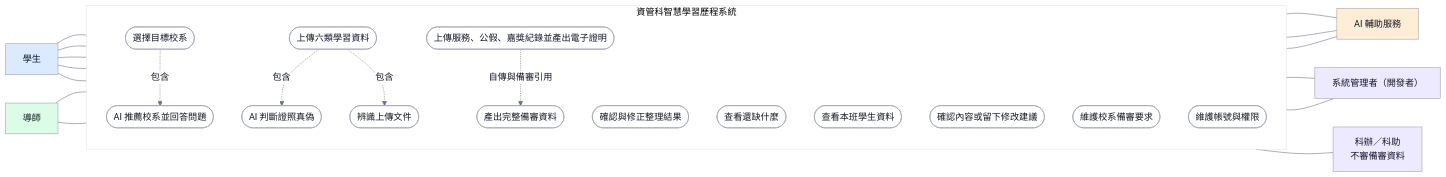
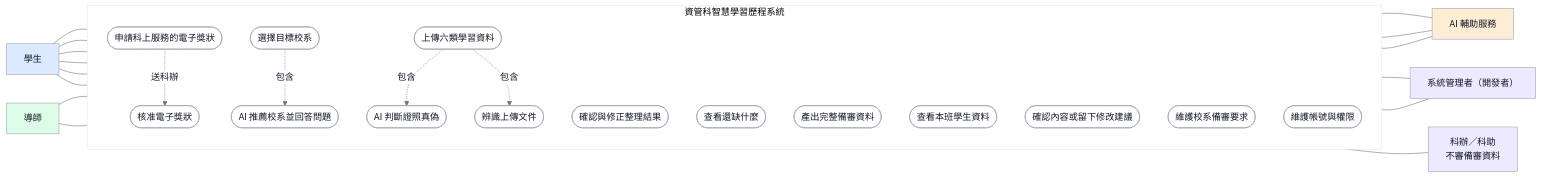
Before and after one commit to vujhdcusa/1028: the diagram in docs/images/D-01-use-case-v2.mmd, drawn with Mermaid. The commit also changed 33 other files, not shown here.

```diff
--- a/docs/images/D-01-use-case-v2.mmd
+++ b/docs/images/D-01-use-case-v2.mmd
@@ -1,51 +1,53 @@
 %%{init: {'theme':'base','themeVariables': {'fontFamily':'Microsoft JhengHei, Noto Sans TC, Arial, sans-serif','primaryColor':'#F3F4F6','primaryTextColor':'#111827','primaryBorderColor':'#9CA3AF','lineColor':'#6B7280','edgeLabelBackground':'#FFFFFF'},'flowchart':{'wrappingWidth':400}}}%%
 flowchart LR
     classDef student fill:#DBEAFE,stroke:#9CA3AF,color:#111827,stroke-width:1px;
     classDef teacher fill:#DCFCE7,stroke:#9CA3AF,color:#111827,stroke-width:1px;
     classDef admin fill:#EDE9FE,stroke:#9CA3AF,color:#111827,stroke-width:1px;
     classDef ai fill:#FFEDD5,stroke:#9CA3AF,color:#111827,stroke-width:1px;
     classDef usecase fill:#FFFFFF,stroke:#9CA3AF,color:#111827,stroke-width:1px;
     classDef staff fill:#EDE9FE,stroke:#9CA3AF,color:#111827,stroke-width:1px;
 
     Student[學生]:::student
     Teacher[導師]:::teacher
 
     subgraph SYS[資管科智慧學習歷程系統]
         direction TB
         UC1([選擇目標校系]):::usecase
         UC2([上傳六類學習資料]):::usecase
         UC3([確認與修正整理結果]):::usecase
         UC4([查看還缺什麼]):::usecase
         UC5([產出完整備審資料]):::usecase
         UC6([查看本班學生資料]):::usecase
         UC7([確認內容或留下修改建議]):::usecase
         UC8([辨識上傳文件]):::usecase
         UC11([AI 判斷證照真偽]):::usecase
         UC12([AI 推薦校系並回答問題]):::usecase
-        UC13([上傳服務、公假、嘉獎紀錄並產出電子證明]):::usecase
+        UC13([核准電子獎狀]):::usecase
+        UC14([申請科上服務的電子獎狀]):::usecase
         UC9([維護校系備審要求]):::usecase
         UC10([維護帳號與權限]):::usecase
     end
 
     Admin[系統管理者（開發者）]:::admin
     AI[AI 輔助服務]:::ai
     Staff[科辦／科助<br/>不審備審資料]:::staff
 
     Student --- UC1
     Student --- UC2
     Student --- UC3
     Student --- UC4
     Student --- UC5
+    Student --- UC14
+    UC14 -. 送科辦 .-> UC13
     UC1 -. 包含 .-> UC12
     UC2 -. 包含 .-> UC11
-    UC13 -. 自傳與備審引用 .-> UC5
     Teacher --- UC6
     Teacher --- UC7
     UC2 -. 包含 .-> UC8
     UC8 --- AI
     UC11 --- AI
     UC12 --- AI
     Staff --- UC13
     UC9 --- Admin
     UC10 --- Admin
     SYS ~~~ Staff
```
